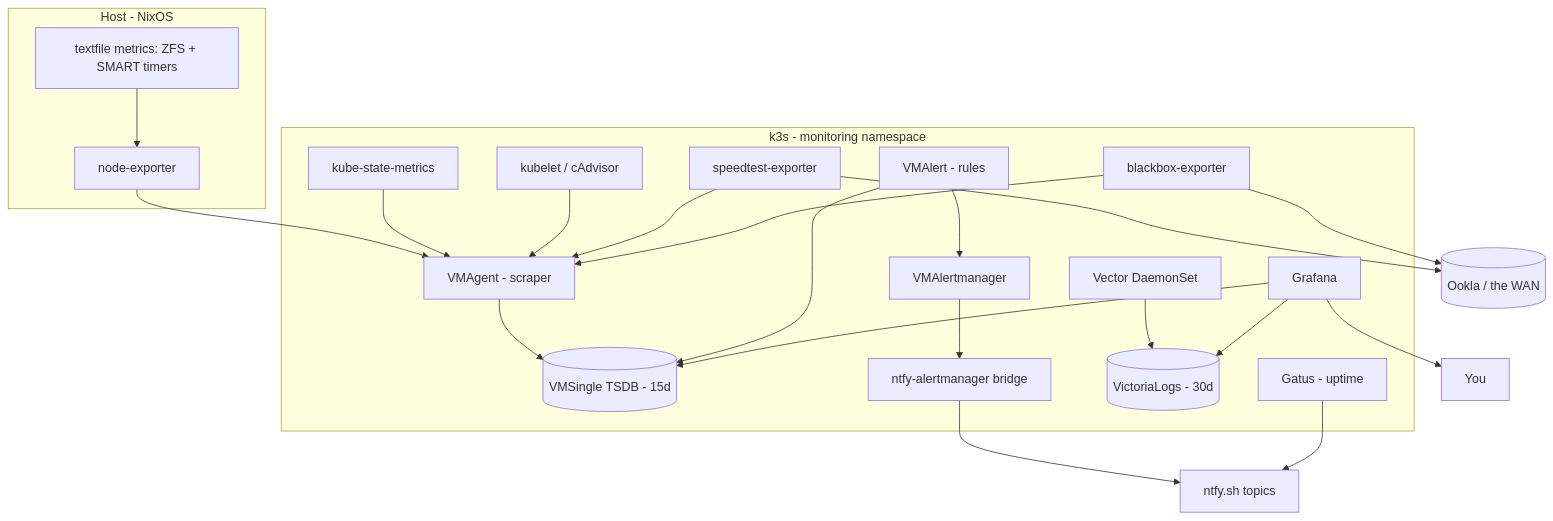
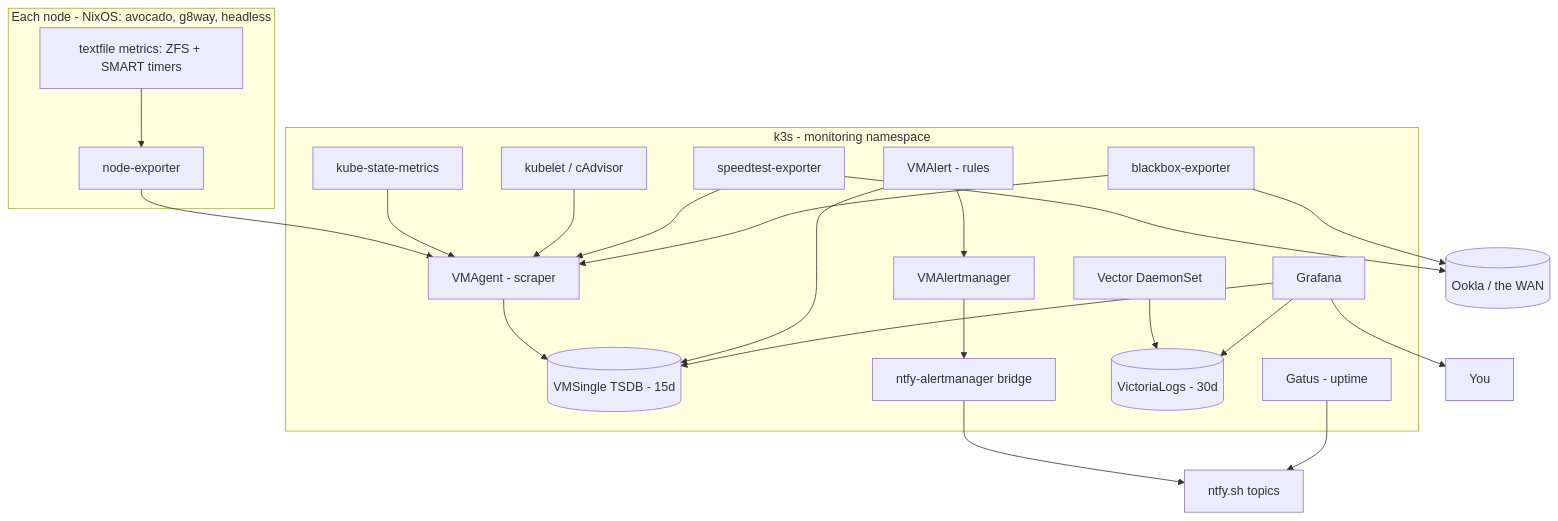
One commit to rithviknishad/systems.nix changed the diagram in docs/monitoring.md. Above: the diagram before and after it, drawn with Mermaid. The commit also changed other lines of this file and 6 other files, not shown here.

First line of the commit message:
monitoring: host ZFS/SMART metrics on the agents; acknowledge headless's NVMe

````diff
--- a/docs/monitoring.md
+++ b/docs/monitoring.md
@@ -18,34 +19,34 @@
 ```mermaid
 flowchart TB
-    subgraph host[Host - NixOS]
+    subgraph host[Each node - NixOS: avocado, g8way, headless]
         ne[node-exporter]
         tf[textfile metrics: ZFS + SMART timers]
         tf --> ne
     end
 
     subgraph cluster[k3s - monitoring namespace]
         vmagent[VMAgent - scraper] --> vmsingle[(VMSingle TSDB - 15d)]
         ne --> vmagent
         ksm[kube-state-metrics] --> vmagent
         cadvisor[kubelet / cAdvisor] --> vmagent
         speedtest[speedtest-exporter] --> vmagent
         blackbox[blackbox-exporter] --> vmagent
 
         vmalert[VMAlert - rules] --> vmsingle
         vmalert --> vmam[VMAlertmanager]
         vmam --> bridge[ntfy-alertmanager bridge]
 
         vector[Vector DaemonSet] --> vlogs[(VictoriaLogs - 30d)]
 
         grafana[Grafana] --> vmsingle
         grafana --> vlogs
 
         gatus[Gatus - uptime]
     end
 
     bridge --> ntfy[ntfy.sh topics]
     gatus --> ntfy
     grafana --> user[You]
     speedtest --> isp[(Ookla / the WAN)]
     blackbox --> isp
 ```
````
